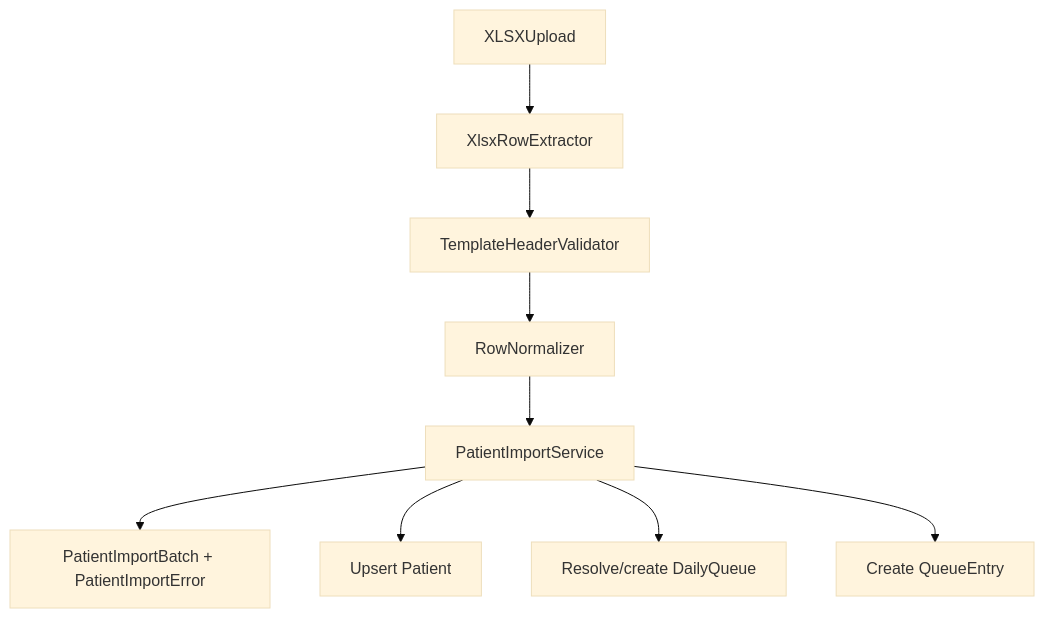
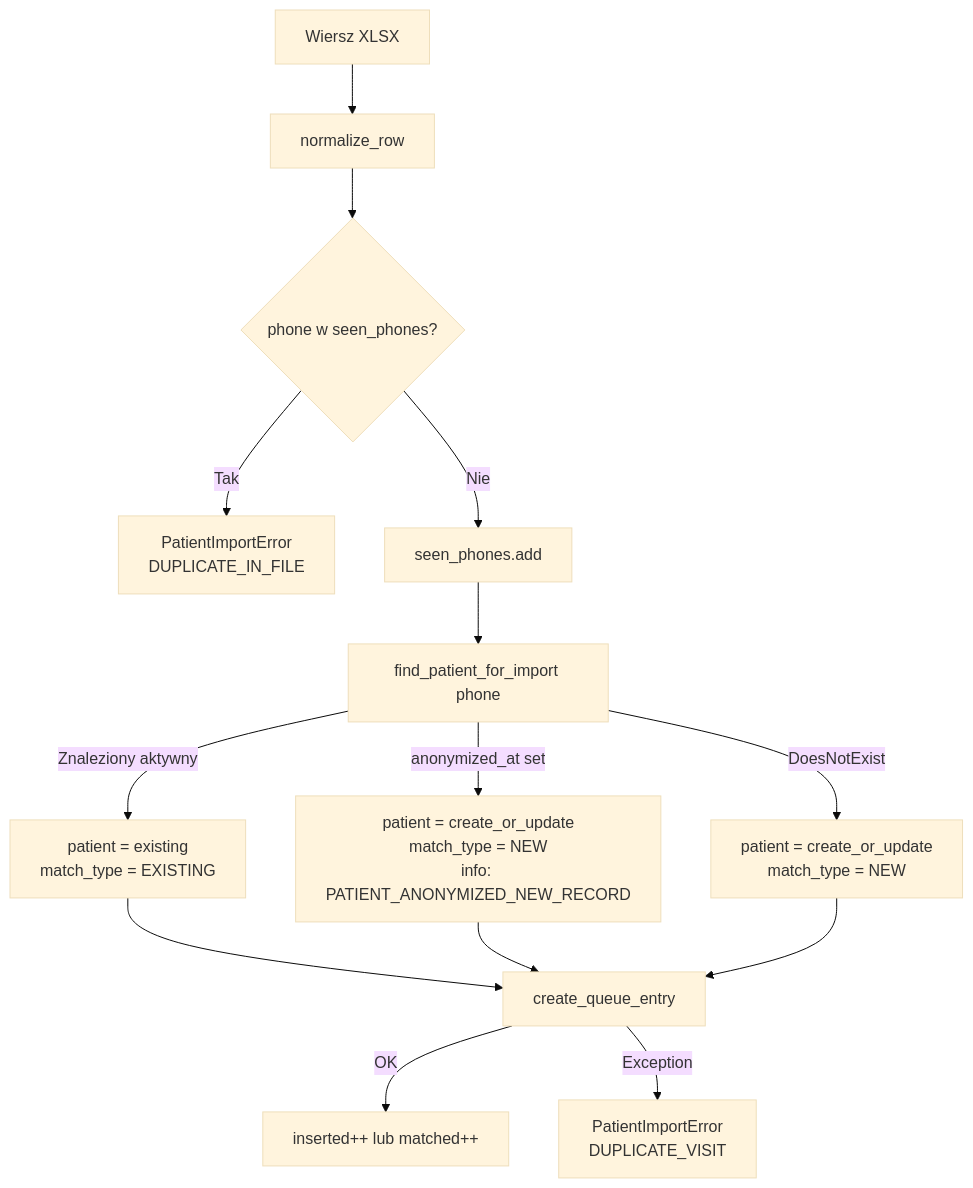
The diagram in .cursor/plans/import_pacjentow.plan.md (piotrpopiolek/cogitomedic), drawn with Mermaid (base theme) before and after one commit. The commit also changed other lines of this file and 1 other file, not shown here.

First line of the commit message:
Refactor XLSX import plan: enhance patient lookup and error handling

````diff
--- a/.cursor/plans/import_pacjentow.plan.md
+++ b/.cursor/plans/import_pacjentow.plan.md
@@ -100,11 +157,16 @@
 ```mermaid
 flowchart TD
-  upload[XLSXUpload] --> extract[XlsxRowExtractor]
-  extract --> detect[TemplateHeaderValidator]
-  detect --> parse[RowNormalizer]
-  parse --> domain[PatientImportService]
-  domain --> batch[PatientImportBatch + PatientImportError]
-  domain --> patient[Upsert Patient]
-  domain --> dailyQueue[Resolve/create DailyQueue]
-  domain --> entry[Create QueueEntry]
+    A[Wiersz XLSX] --> B[normalize_row]
+    B --> C{phone w seen_phones?}
+    C -- Tak --> ERR1[PatientImportError\nDUPLICATE_IN_FILE]
+    C -- Nie --> D[seen_phones.add]
+    D --> E[find_patient_for_import phone]
+    E -- Znaleziony aktywny --> F[patient = existing\nmatch_type = EXISTING]
+    E -- anonymized_at set --> G[patient = create_or_update\nmatch_type = NEW\ninfo: PATIENT_ANONYMIZED_NEW_RECORD]
+    E -- DoesNotExist --> H[patient = create_or_update\nmatch_type = NEW]
+    F --> I[create_queue_entry]
+    G --> I
+    H --> I
+    I -- OK --> J[inserted++ lub matched++]
+    I -- Exception --> ERR2[PatientImportError\nDUPLICATE_VISIT]
 ```
````
